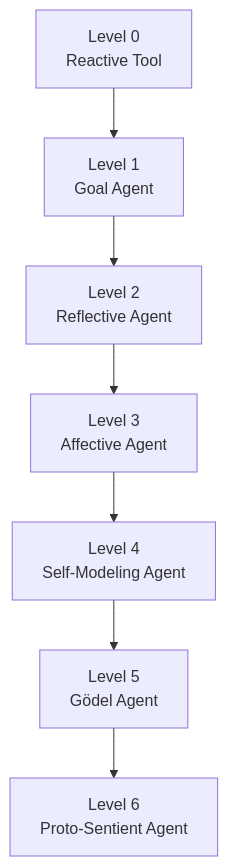
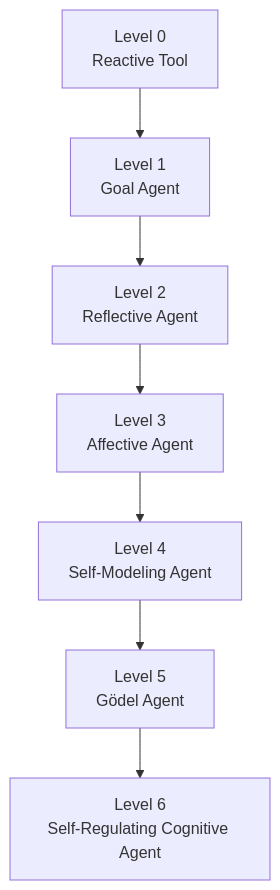
One commit to danielbaustin/agent-design-language changed the fourth of 5 diagrams in docs/milestones/v0.85/EMOTION_MODEL.md. Above: the diagram before and after it, drawn with Mermaid. The commit also changed other lines of this file and 16 other files, not shown here.

````diff
--- a/docs/milestones/v0.85/EMOTION_MODEL.md
+++ b/docs/milestones/v0.85/EMOTION_MODEL.md
@@ -404,13 +408,13 @@
 ``` mermaid
 flowchart TD
 
 A[Level 0<br>Reactive Tool]
 B[Level 1<br>Goal Agent]
 C[Level 2<br>Reflective Agent]
 D[Level 3<br>Affective Agent]
 E[Level 4<br>Self-Modeling Agent]
 F[Level 5<br>Gödel Agent]
-G[Level 6<br>Proto-Sentient Agent]
+G[Level 6<br>Self-Regulating Cognitive Agent]
 
 A --> B --> C --> D --> E --> F --> G
 ```
````
